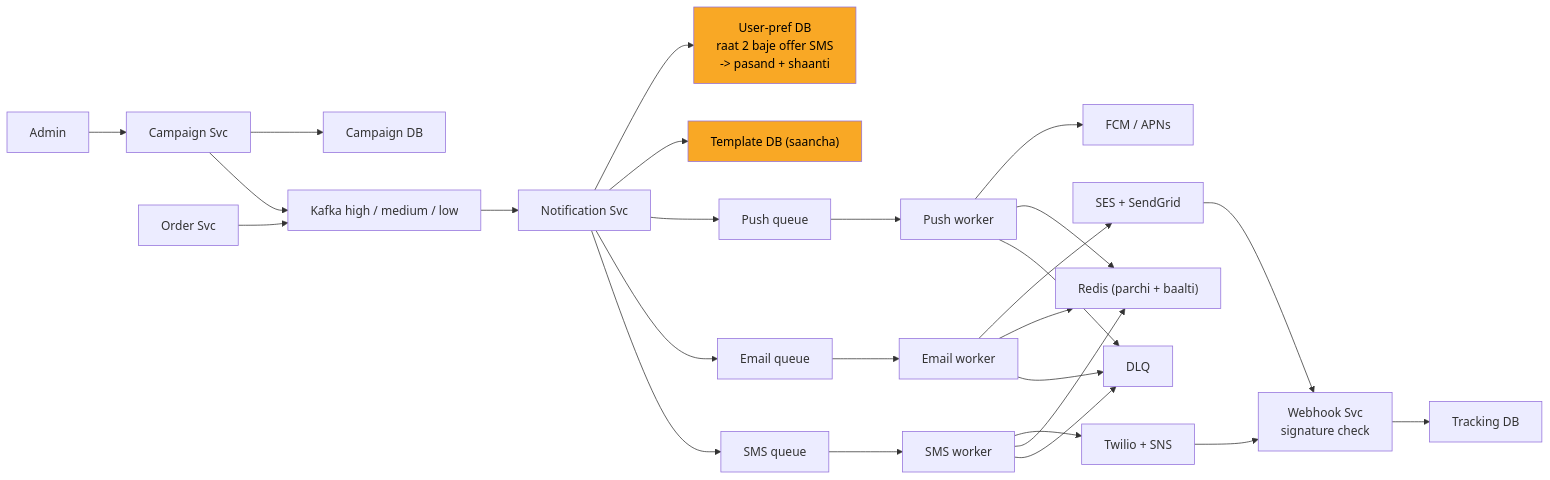
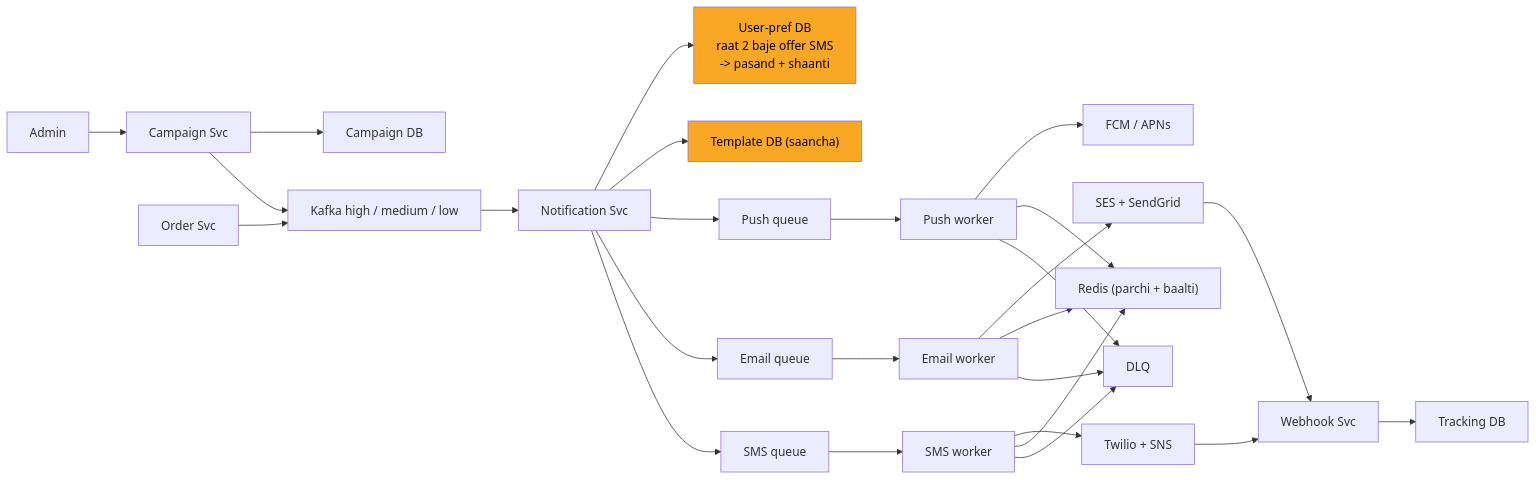
Diagram 12 of 13 in 04_HLD/SYSTEM_DESIGNS/04_notification_system/04_notification_system.md (ArpanMaheshwari144/Prep), drawn with Mermaid before and after one commit. The commit also changed other lines of this file and 6 other files, not shown here.

````diff
--- a/04_HLD/SYSTEM_DESIGNS/04_notification_system/04_notification_system.md
+++ b/04_HLD/SYSTEM_DESIGNS/04_notification_system/04_notification_system.md
@@ -614,51 +614,51 @@
 ```mermaid
 flowchart LR
     n_Admin["Admin"]
     n_Campaign_Svc["Campaign Svc"]
     n_Campaign_DB["Campaign DB"]
     n_Order_Svc["Order Svc"]
     n_Kafka["Kafka high / medium / low"]
     n_Notification_Svc["Notification Svc"]
     n_User_pref_DB["User-pref DB<br/>raat 2 baje offer SMS<br/>-> pasand + shaanti"]
     n_Template_DB["Template DB (saancha)"]
     n_Push_queue["Push queue"]
     n_Push_worker["Push worker"]
     n_FCM_APNs["FCM / APNs"]
     n_Email_queue["Email queue"]
     n_Email_worker["Email worker"]
     n_SES["SES + SendGrid"]
     n_SMS_queue["SMS queue"]
     n_SMS_worker["SMS worker"]
     n_Twilio["Twilio + SNS"]
     n_Redis["Redis (parchi + baalti)"]
     n_DLQ["DLQ"]
-    n_Webhook_Svc["Webhook Svc<br/>signature check"]
+    n_Webhook_Svc["Webhook Svc"]
     n_Tracking_DB["Tracking DB"]
     n_Admin --> n_Campaign_Svc
     n_Campaign_Svc --> n_Campaign_DB
     n_Campaign_Svc --> n_Kafka
     n_Order_Svc --> n_Kafka
     n_Kafka --> n_Notification_Svc
     n_Notification_Svc --> n_User_pref_DB
     n_Notification_Svc --> n_Template_DB
     n_Notification_Svc --> n_Push_queue
     n_Notification_Svc --> n_Email_queue
     n_Notification_Svc --> n_SMS_queue
     n_Push_queue --> n_Push_worker
     n_Push_worker --> n_FCM_APNs
     n_Email_queue --> n_Email_worker
     n_Email_worker --> n_SES
     n_SMS_queue --> n_SMS_worker
     n_SMS_worker --> n_Twilio
     n_Push_worker --> n_Redis
     n_Email_worker --> n_Redis
     n_SMS_worker --> n_Redis
     n_Push_worker --> n_DLQ
     n_Email_worker --> n_DLQ
     n_SMS_worker --> n_DLQ
     n_SES --> n_Webhook_Svc
     n_Twilio --> n_Webhook_Svc
     n_Webhook_Svc --> n_Tracking_DB
     style n_User_pref_DB fill:#f9a825,color:#000
     style n_Template_DB fill:#f9a825,color:#000
 ```
````
